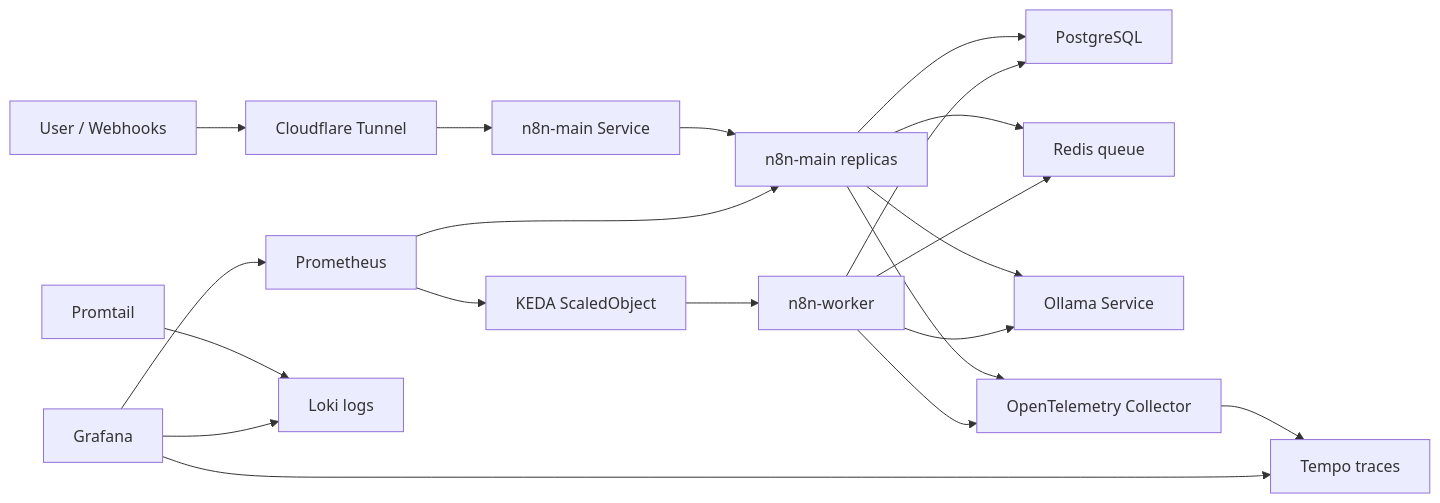
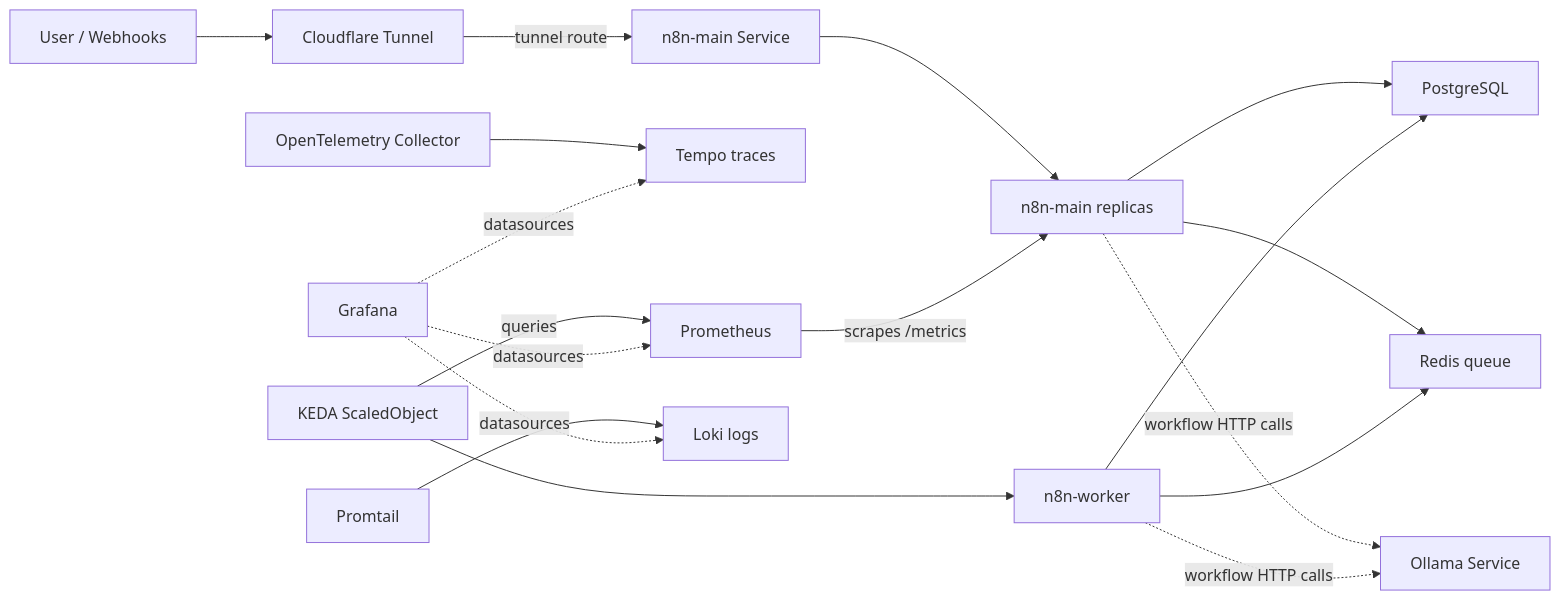
The diagram in README.md (joelemieux66/n8n-local-k8s), drawn with Mermaid before and after one commit. The commit also changed other lines of this file, not shown here.

Commit message:
Clarify architecture diagram wiring

````diff
--- a/README.md
+++ b/README.md
@@ -9,25 +9,26 @@
 ```mermaid
 flowchart LR
   user["User / Webhooks"] --> cf["Cloudflare Tunnel"]
-  cf --> svc["n8n-main Service"]
+  cf -->|"tunnel route"| svc["n8n-main Service"]
   svc --> main1["n8n-main replicas"]
+
   main1 --> pg["PostgreSQL"]
   main1 --> redis["Redis queue"]
   worker["n8n-worker"] --> redis
   worker --> pg
-  main1 --> ollama["Ollama Service"]
-  worker --> ollama
 
-  main1 --> otel["OpenTelemetry Collector"]
-  worker --> otel
+  main1 -. "workflow HTTP calls" .-> ollama["Ollama Service"]
+  worker -. "workflow HTTP calls" .-> ollama
+
+  otel["OpenTelemetry Collector"]
   otel --> tempo["Tempo traces"]
 
-  prom["Prometheus"] --> main1
-  prom --> keda["KEDA ScaledObject"]
+  prom["Prometheus"] -->|"scrapes /metrics"| main1
+  keda["KEDA ScaledObject"] -->|"queries"| prom
   keda --> worker
 
   promtail["Promtail"] --> loki["Loki logs"]
-  grafana["Grafana"] --> prom
-  grafana --> loki
-  grafana --> tempo
+  grafana["Grafana"] -. "datasources" .-> prom
+  grafana -. "datasources" .-> loki
+  grafana -. "datasources" .-> tempo
 ```
````
